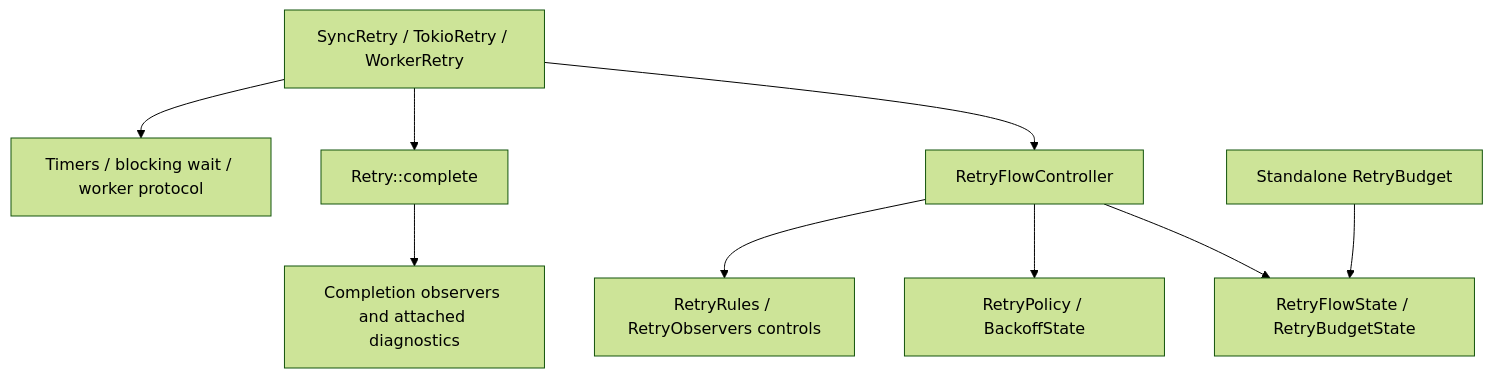
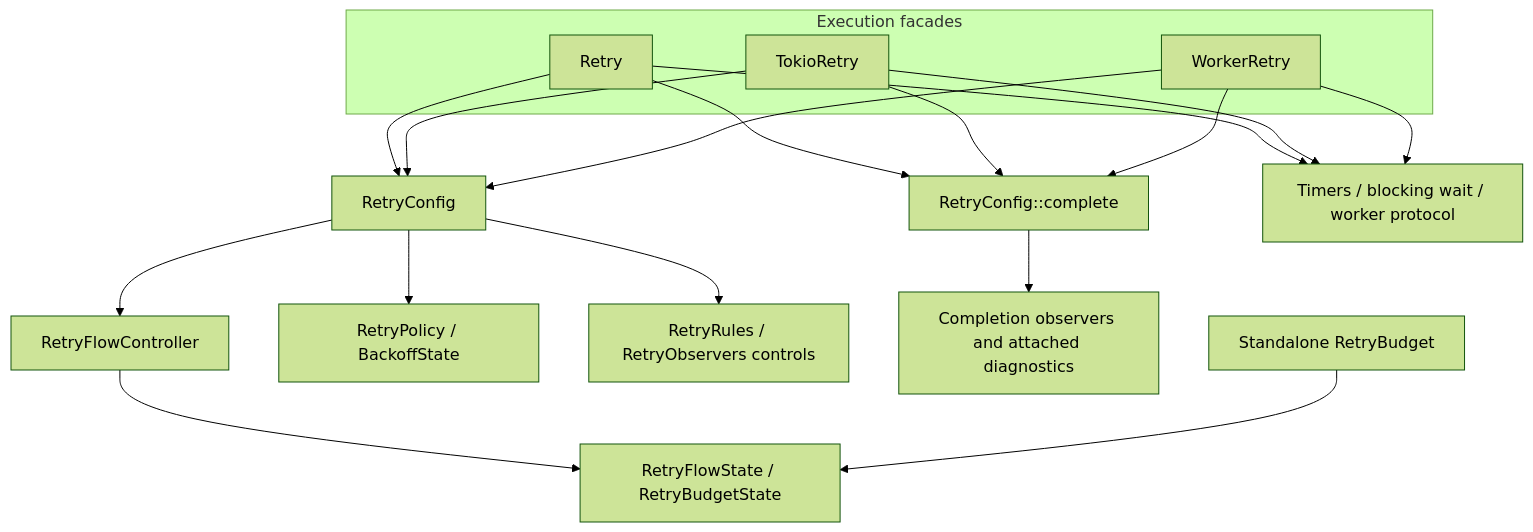
The diagram in doc/design.md (qubit-ltd/rs-retry), drawn with Mermaid (forest theme) before and after one commit. The commit also changed other lines of this file and 57 other files, not shown here.

First line of the commit message:
refactor(api): introduce RetryConfig and rename SyncRetry to Retry

````diff
--- a/doc/design.md
+++ b/doc/design.md
@@ -15,11 +15,23 @@
 ```mermaid
 flowchart TD
-    F[SyncRetry / TokioRetry / WorkerRetry] --> C[RetryFlowController]
+    subgraph executors [Execution facades]
+        F1[Retry]
+        F2[TokioRetry]
+        F3[WorkerRetry]
+    end
+    F1 --> CFG[RetryConfig]
+    F2 --> CFG
+    F3 --> CFG
+    CFG --> C[RetryFlowController]
     C --> S[RetryFlowState / RetryBudgetState]
-    C --> P[RetryPolicy / BackoffState]
-    C --> O[RetryRules / RetryObservers controls]
-    F --> R[Retry::complete]
+    CFG --> P[RetryPolicy / BackoffState]
+    CFG --> O[RetryRules / RetryObservers controls]
+    F1 --> R[RetryConfig::complete]
+    F2 --> R
+    F3 --> R
     R --> D[Completion observers and attached diagnostics]
-    F --> W[Timers / blocking wait / worker protocol]
+    F1 --> W[Timers / blocking wait / worker protocol]
+    F2 --> W
+    F3 --> W
     B[Standalone RetryBudget] --> S
 ```
````
